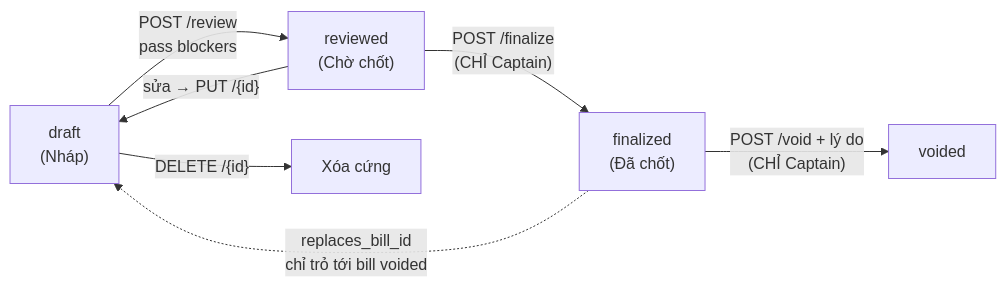
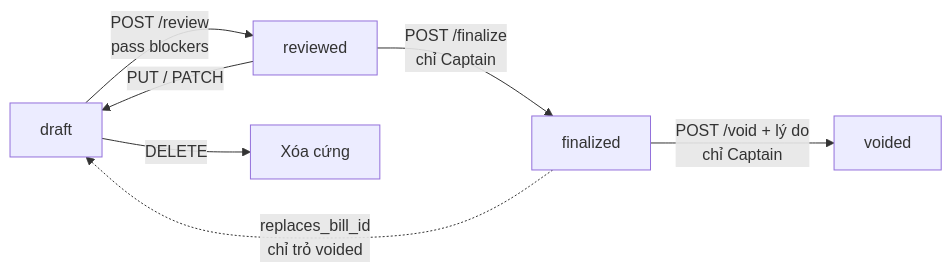
Before and after one commit to FintechVSF-Tranning/PaySplit-RP: the first of 9 diagrams in flow/03-bill.md, drawn with Mermaid. The commit also changed other lines of this file and 8 other files, not shown here.

````diff
--- a/flow/03-bill.md
+++ b/flow/03-bill.md
@@ -13,9 +55,9 @@
 ```mermaid
 flowchart LR
-    D["draft<br/>(Nháp)"] -->|"POST /review<br/>pass blockers"| R["reviewed<br/>(Chờ chốt)"]
-    R -->|"sửa → PUT /{id}"| D
-    R -->|"POST /finalize<br/>(CHỈ Captain)"| F["finalized<br/>(Đã chốt)"]
-    F -->|"POST /void + lý do<br/>(CHỈ Captain)"| V["voided"]
-    D -->|"DELETE /{id}"| X["Xóa cứng"]
-    F -.->|"replaces_bill_id<br/>chỉ trỏ tới bill voided"| D
+    D["draft"] -->|"POST /review<br/>pass blockers"| R["reviewed"]
+    R -->|"PUT / PATCH"| D
+    R -->|"POST /finalize<br/>chỉ Captain"| F["finalized"]
+    F -->|"POST /void + lý do<br/>chỉ Captain"| V["voided"]
+    D -->|"DELETE"| X["Xóa cứng"]
+    F -.->|"replaces_bill_id<br/>chỉ trỏ voided"| D
 ```
````
